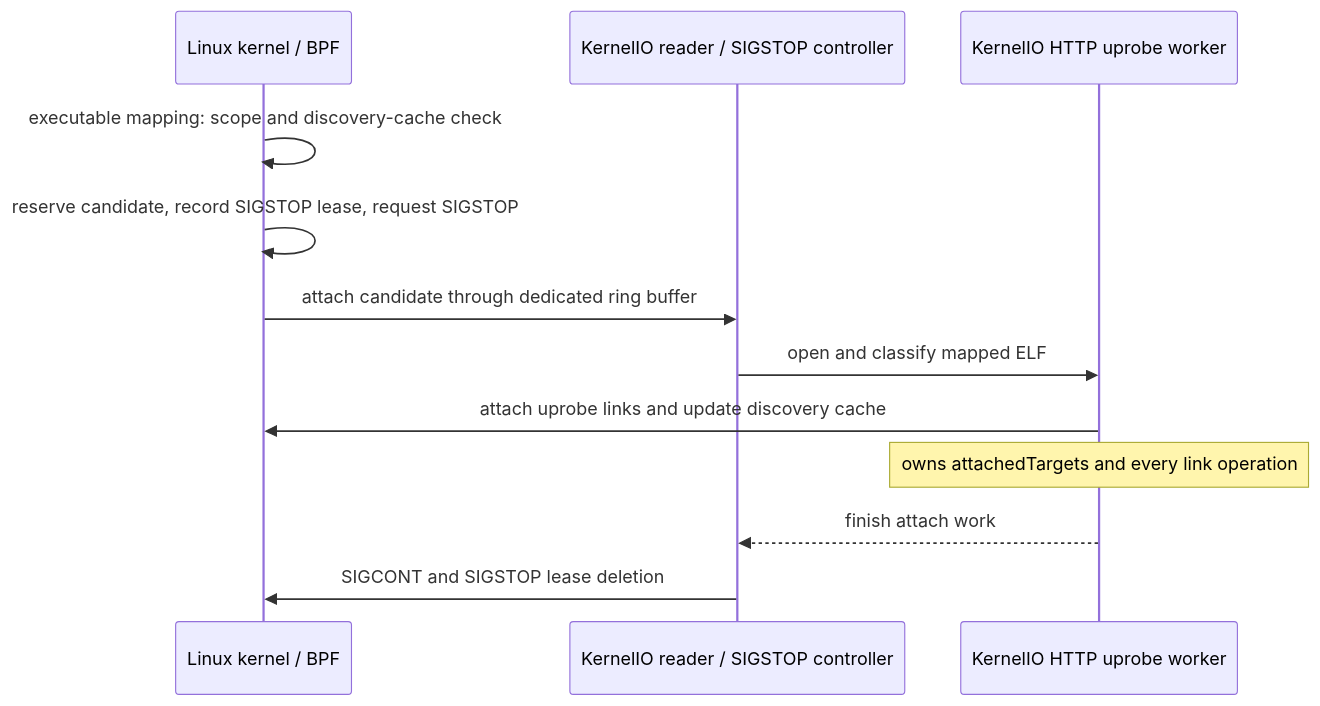
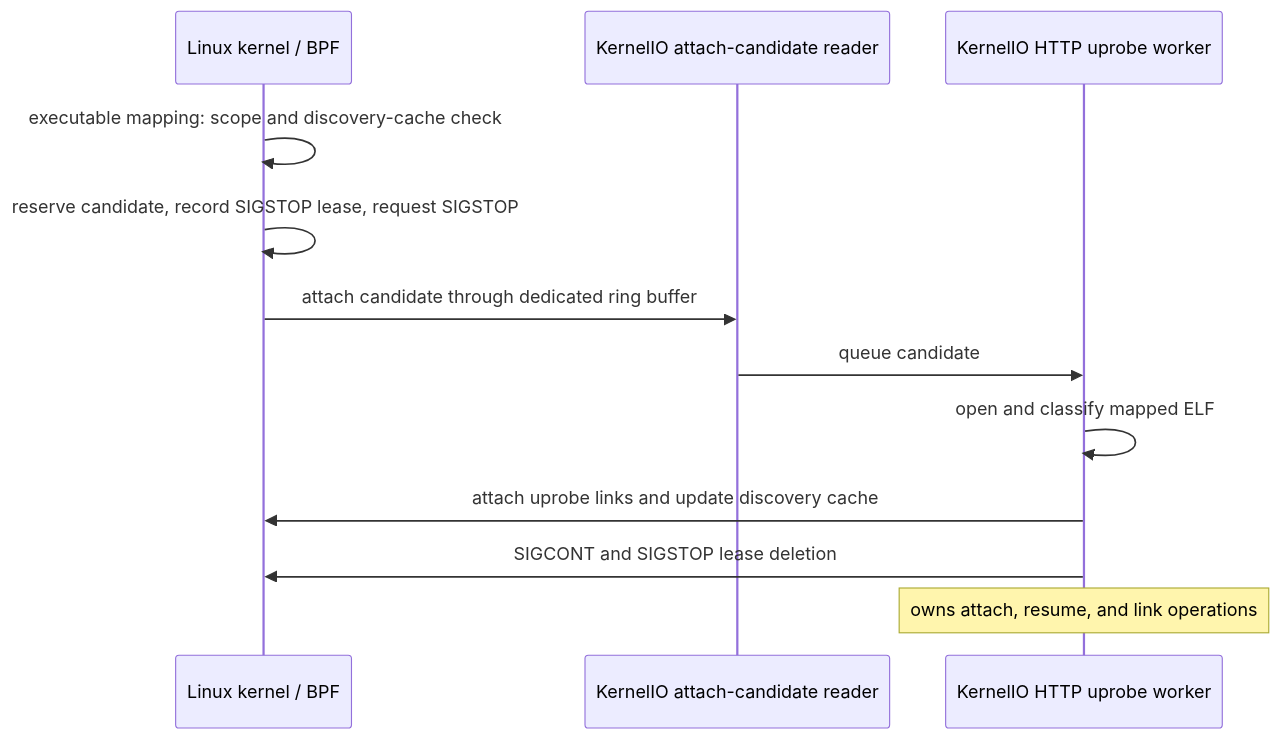
The second of 4 diagrams in docs/developer-guide/ebpf/http-uprobes.md (cicd-sensor/cicd-sensor), drawn with Mermaid before and after one commit. The commit also changed other lines of this file and 20 other files, not shown here.

````diff
--- a/docs/developer-guide/ebpf/http-uprobes.md
+++ b/docs/developer-guide/ebpf/http-uprobes.md
@@ -76,15 +76,15 @@
 ```mermaid
 sequenceDiagram
     participant BPF as Linux kernel / BPF
-    participant IO as KernelIO reader / SIGSTOP controller
+    participant IO as KernelIO attach-candidate reader
     participant W as KernelIO HTTP uprobe worker
 
     BPF->>BPF: executable mapping: scope and discovery-cache check
     BPF->>BPF: reserve candidate, record SIGSTOP lease, request SIGSTOP
     BPF->>IO: attach candidate through dedicated ring buffer
-    IO->>W: open and classify mapped ELF
+    IO->>W: queue candidate
+    W->>W: open and classify mapped ELF
     W->>BPF: attach uprobe links and update discovery cache
-    Note over W: owns attachedTargets and every link operation
-    W-->>IO: finish attach work
-    IO->>BPF: SIGCONT and SIGSTOP lease deletion
+    W->>BPF: SIGCONT and SIGSTOP lease deletion
+    Note over W: owns attach, resume, and link operations
 ```
````
